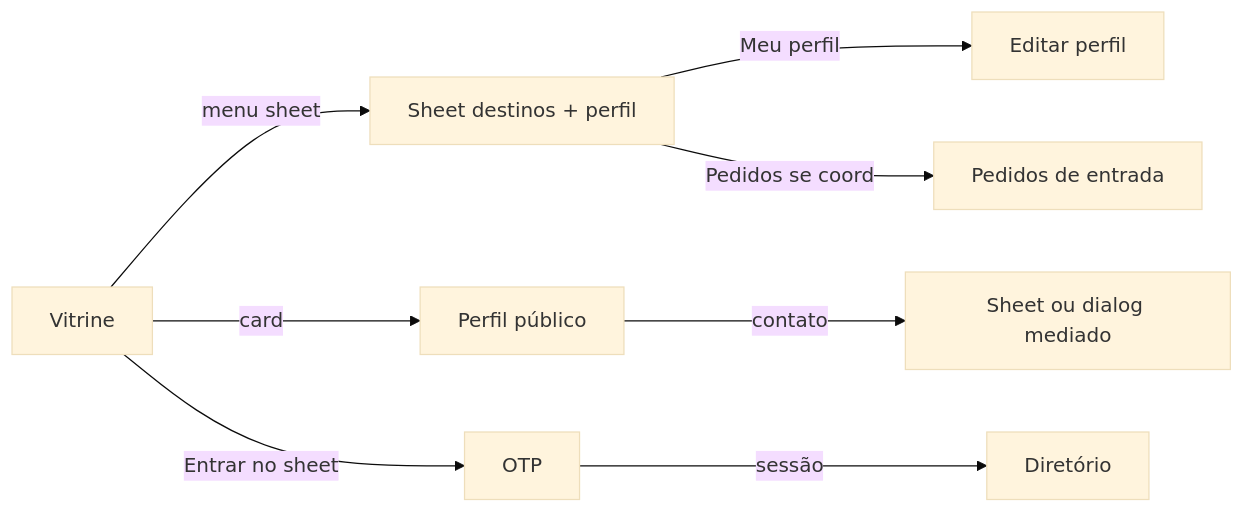
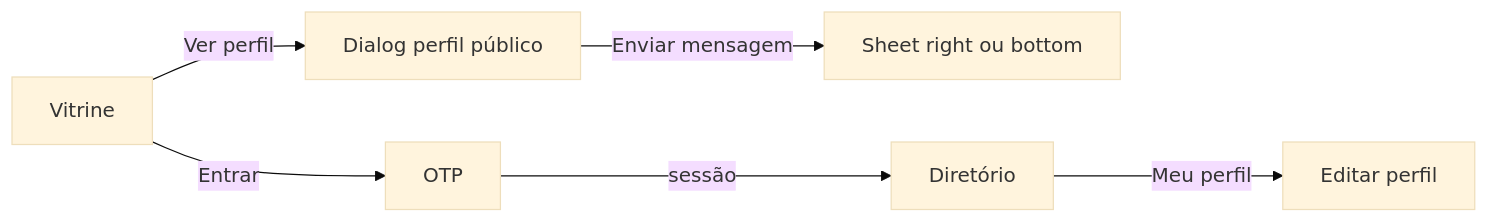
Before and after one commit to colabcolibri/comuna: the first of 2 diagrams in docs/09_design_system.md, drawn with Mermaid (base theme). The commit also changed other lines of this file and 25 other files, not shown here.

````diff
--- a/docs/09_design_system.md
+++ b/docs/09_design_system.md
@@ -98,10 +102,8 @@
 ```mermaid
 flowchart LR
-    V[Vitrine] -->|menu sheet| S[Sheet destinos + perfil]
-    V -->|card| P[Perfil público]
-    P -->|contato| C[Sheet ou dialog mediado]
-    V -->|Entrar no sheet| O[OTP]
+    V[Vitrine] -->|Ver perfil| P[Dialog perfil público]
+    P -->|Enviar mensagem| C[Sheet right ou bottom]
+    V -->|Entrar| O[OTP]
     O -->|sessão| D[Diretório]
-    S -->|Meu perfil| E[Editar perfil]
-    S -->|Pedidos se coord| F[Pedidos de entrada]
+    D -->|Meu perfil| E[Editar perfil]
 ```
````
